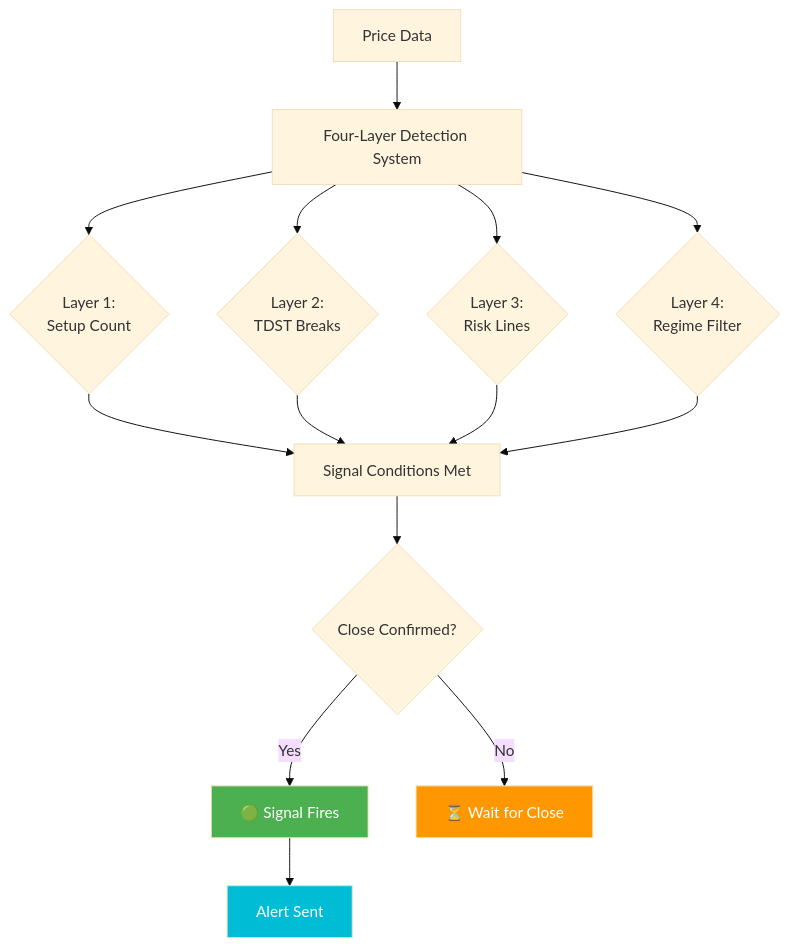
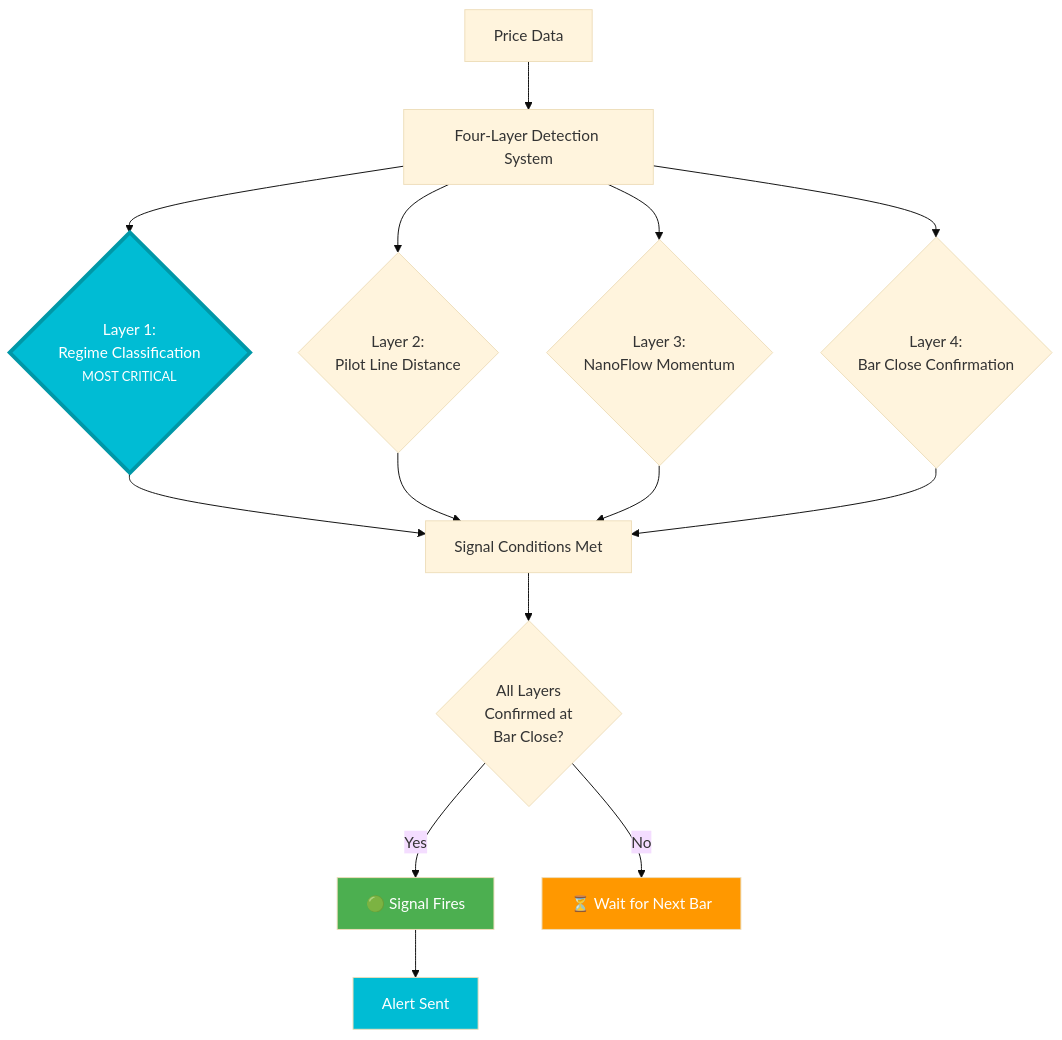
One commit to Signalpilot/signalpilot-docs changed the first of 12 diagrams in MERMAID_DIAGRAMS.md. Above: the diagram before and after it, drawn with Mermaid (base theme). The commit also changed other lines of this file and 3 other files, not shown here.

````diff
--- a/MERMAID_DIAGRAMS.md
+++ b/MERMAID_DIAGRAMS.md
@@ -30,24 +30,25 @@
 ```mermaid
 graph TD
     A[Price Data] --> B[Four-Layer Detection System]
 
-    B --> C{Layer 1:<br/>Setup Count}
-    B --> D{Layer 2:<br/>TDST Breaks}
-    B --> E{Layer 3:<br/>Risk Lines}
-    B --> F{Layer 4:<br/>Regime Filter}
+    B --> C{Layer 1:<br/>Regime Classification<br/><small>MOST CRITICAL</small>}
+    B --> D{Layer 2:<br/>Pilot Line Distance}
+    B --> E{Layer 3:<br/>NanoFlow Momentum}
+    B --> F{Layer 4:<br/>Bar Close Confirmation}
 
     C --> G[Signal Conditions Met]
     D --> G
     E --> G
     F --> G
 
-    G --> H{Close Confirmed?}
+    G --> H{All Layers<br/>Confirmed at<br/>Bar Close?}
     H -->|Yes| I[🟢 Signal Fires]
-    H -->|No| J[⏳ Wait for Close]
+    H -->|No| J[⏳ Wait for Next Bar]
 
     I --> K[Alert Sent]
 
+    style C fill:#00bcd4,color:#fff,stroke:#0097a7,stroke-width:4px
     style I fill:#4caf50,color:#fff
     style J fill:#ff9800,color:#fff
     style K fill:#00bcd4,color:#fff
 ```
````
